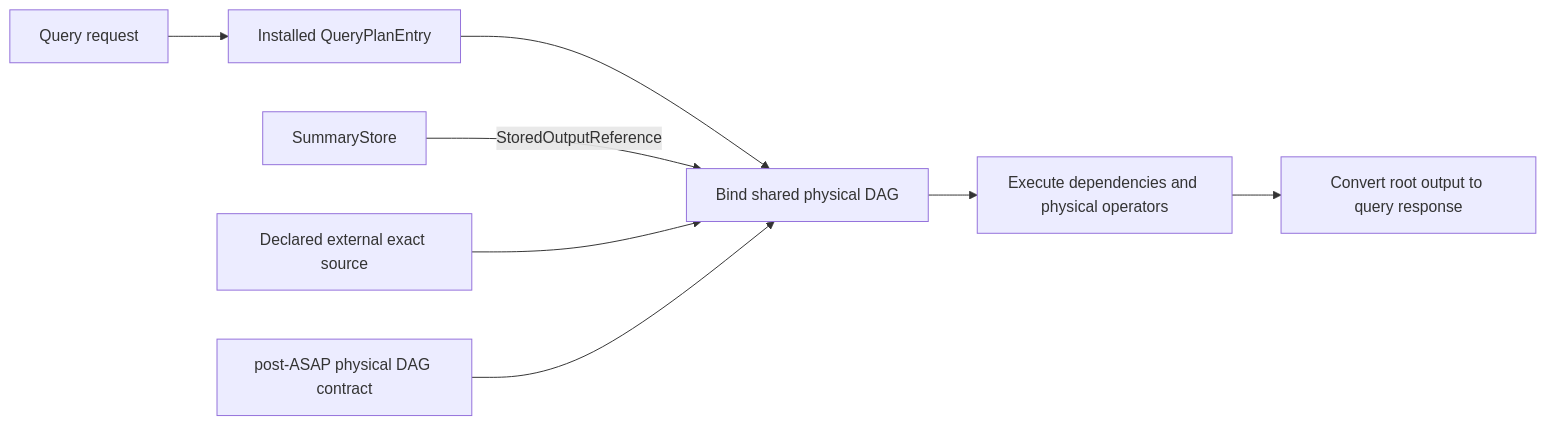
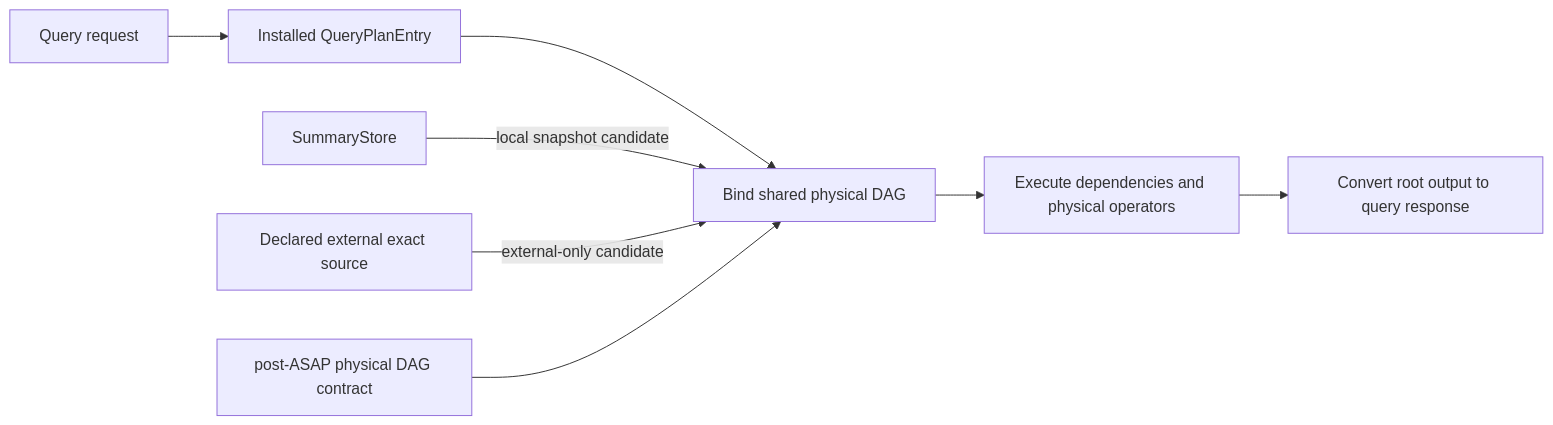
Before and after one commit to ProjectASAP/ASAPQuery-backend: the diagram in docs/design_docs/query-dag-execution.md, drawn with Mermaid. The commit also changed other lines of this file, not shown here.

Commit message:
docs: clarify local versus external query input candidates

````diff
--- a/docs/design_docs/query-dag-execution.md
+++ b/docs/design_docs/query-dag-execution.md
@@ -34,10 +34,10 @@
 ```mermaid
 flowchart LR
   Request[Query request] --> Entry[Installed QueryPlanEntry]
   Entry --> Bind[Bind shared physical DAG]
   Bind --> Run[Execute dependencies and physical operators]
   Run --> Result[Convert root output to query response]
-  Store[SummaryStore] -->|StoredOutputReference| Bind
-  Exact[Declared external exact source] --> Bind
+  Store[SummaryStore] -->|local snapshot candidate| Bind
+  Exact[Declared external exact source] -->|external-only candidate| Bind
   Planner[post-ASAP physical DAG contract] --> Bind
 ```
````
